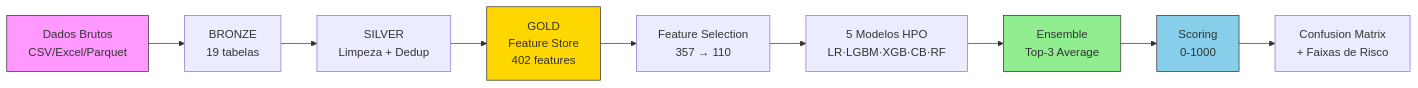
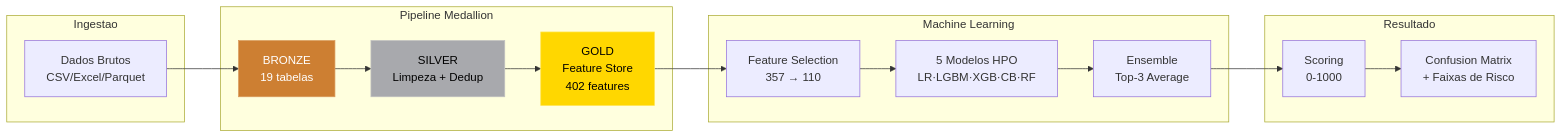
The diagram in README.md (wanderson-blima/pod-academy-credit-risk), drawn with Mermaid before and after one commit. The commit also changed 6 other files, not shown here.

First line of the commit message:
docs: standardize Mermaid diagrams with subgraphs and Medallion styles

````diff
--- a/README.md
+++ b/README.md
@@ -139,16 +139,26 @@
 ```mermaid
 graph LR
-    A[Dados Brutos<br/>CSV/Excel/Parquet] --> B[BRONZE<br/>19 tabelas]
-    B --> C[SILVER<br/>Limpeza + Dedup]
-    C --> D[GOLD<br/>Feature Store<br/>402 features]
-    D --> E[Feature Selection<br/>357 → 110]
-    E --> F[5 Modelos HPO<br/>LR·LGBM·XGB·CB·RF]
-    F --> G[Ensemble<br/>Top-3 Average]
-    G --> H[Scoring<br/>0-1000]
-    H --> I[Confusion Matrix<br/>+ Faixas de Risco]
+    subgraph INGEST["Ingestao"]
+        A["Dados Brutos<br/>CSV/Excel/Parquet"]
+    end
+    subgraph MEDALLION["Pipeline Medallion"]
+        B["BRONZE<br/>19 tabelas"]
+        C["SILVER<br/>Limpeza + Dedup"]
+        D["GOLD<br/>Feature Store<br/>402 features"]
+    end
+    subgraph ML["Machine Learning"]
+        E["Feature Selection<br/>357 → 110"]
+        F["5 Modelos HPO<br/>LR·LGBM·XGB·CB·RF"]
+        G["Ensemble<br/>Top-3 Average"]
+    end
+    subgraph OUTPUT["Resultado"]
+        H["Scoring<br/>0-1000"]
+        I["Confusion Matrix<br/>+ Faixas de Risco"]
+    end
 
-    style A fill:#f9f,stroke:#333
-    style D fill:#ffd700,stroke:#333
-    style G fill:#90ee90,stroke:#333
-    style H fill:#87ceeb,stroke:#333
+    A --> B --> C --> D --> E --> F --> G --> H --> I
+
+    style B fill:#CD7F32,color:#fff,stroke:#D99A5B
+    style C fill:#A8A9AD,color:#000,stroke:#C0C0C0
+    style D fill:#FFD700,color:#000,stroke:#FFE44D
 ```
````
